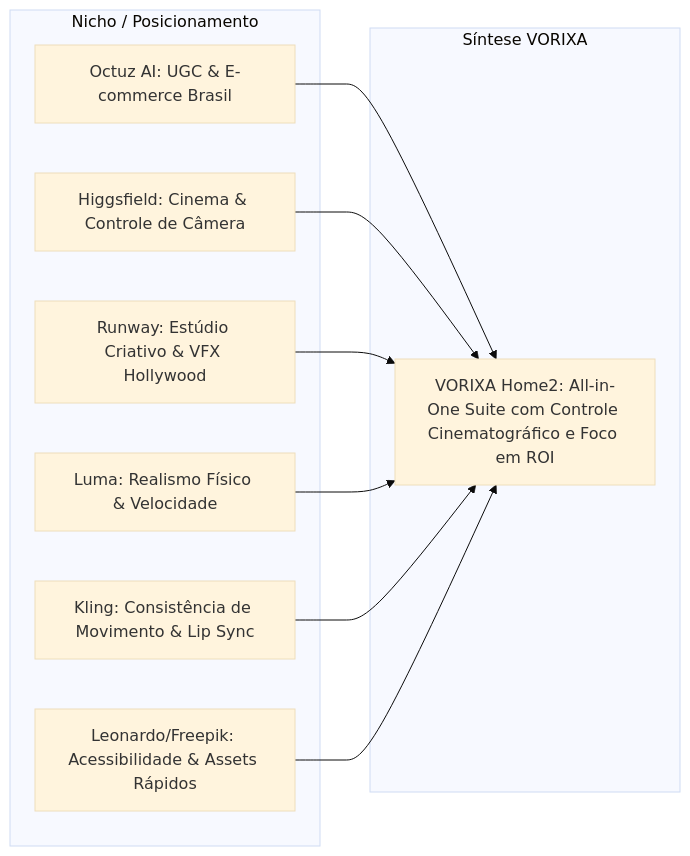
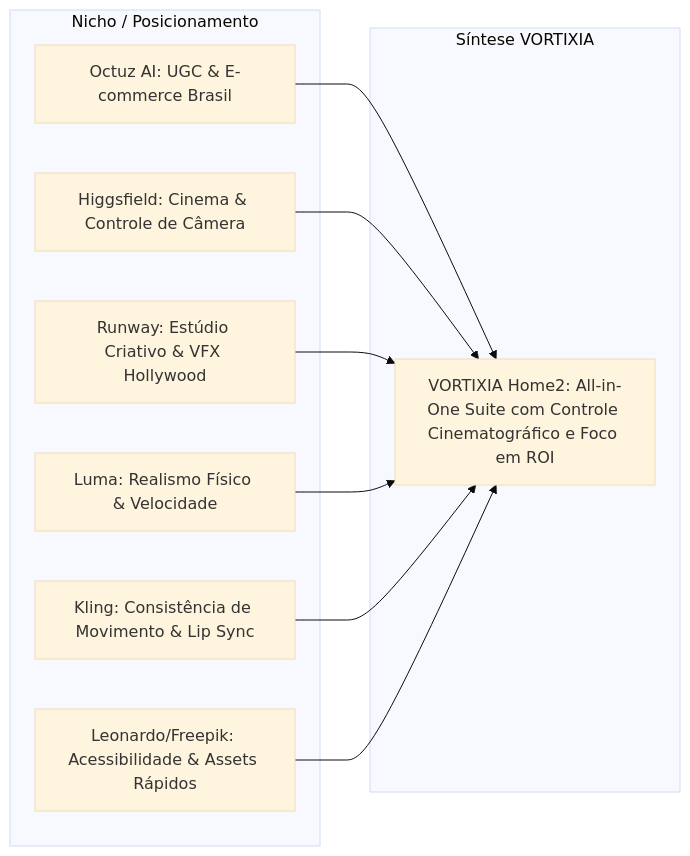
One commit to pitarf/vortixa changed the first of 2 diagrams in docs/BENCHMARK_HOME2_RESEARCH.md. Above: the diagram before and after it, drawn with Mermaid (base theme). The commit also changed other lines of this file and 114 other files, not shown here.

Commit message:
feat(branding): atualiza nome da plataforma de VORIXA para VORTIXIA

````diff
--- a/docs/BENCHMARK_HOME2_RESEARCH.md
+++ b/docs/BENCHMARK_HOME2_RESEARCH.md
@@ -20,20 +20,20 @@
 ```mermaid
 graph LR
     subgraph "Nicho / Posicionamento"
         O[Octuz AI: UGC & E-commerce Brasil]
         H[Higgsfield: Cinema & Controle de Câmera]
         R[Runway: Estúdio Criativo & VFX Hollywood]
         L[Luma: Realismo Físico & Velocidade]
         K[Kling: Consistência de Movimento & Lip Sync]
         F[Leonardo/Freepik: Acessibilidade & Assets Rápidos]
     end
-    subgraph "Síntese VORIXA"
-        V[VORIXA Home2: All-in-One Suite com Controle Cinematográfico e Foco em ROI]
+    subgraph "Síntese VORTIXIA"
+        V[VORTIXIA Home2: All-in-One Suite com Controle Cinematográfico e Foco em ROI]
     end
     O --> V
     H --> V
     R --> V
     L --> V
     K --> V
     F --> V
 ```
````
